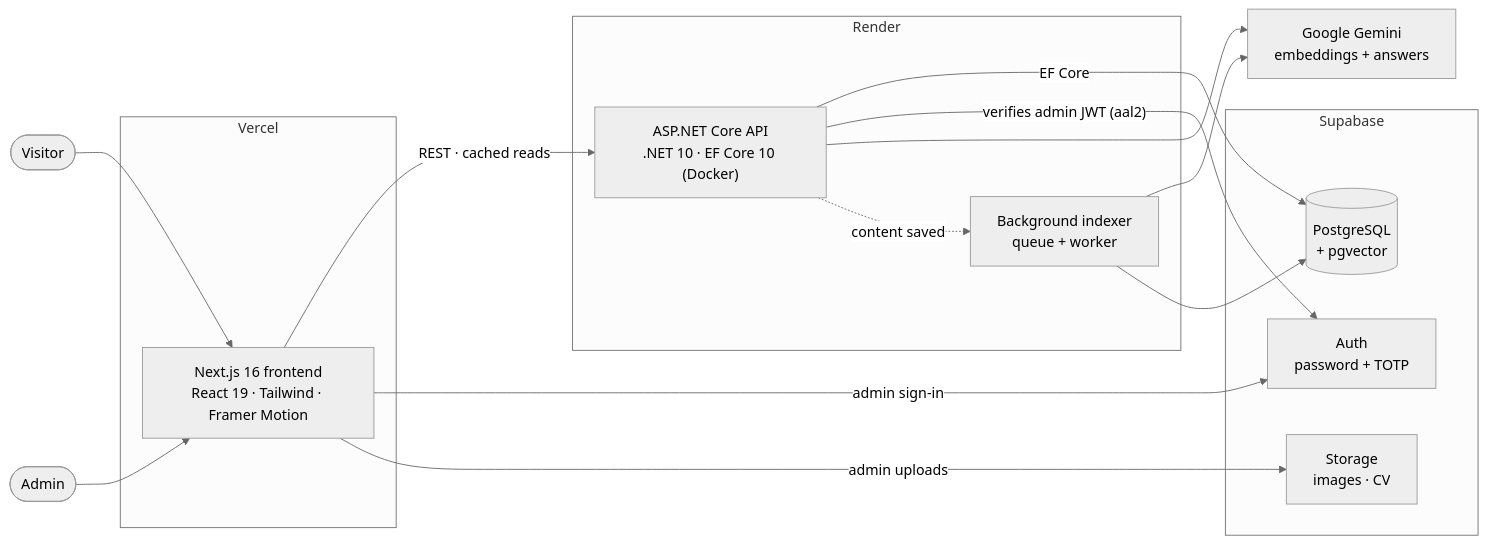
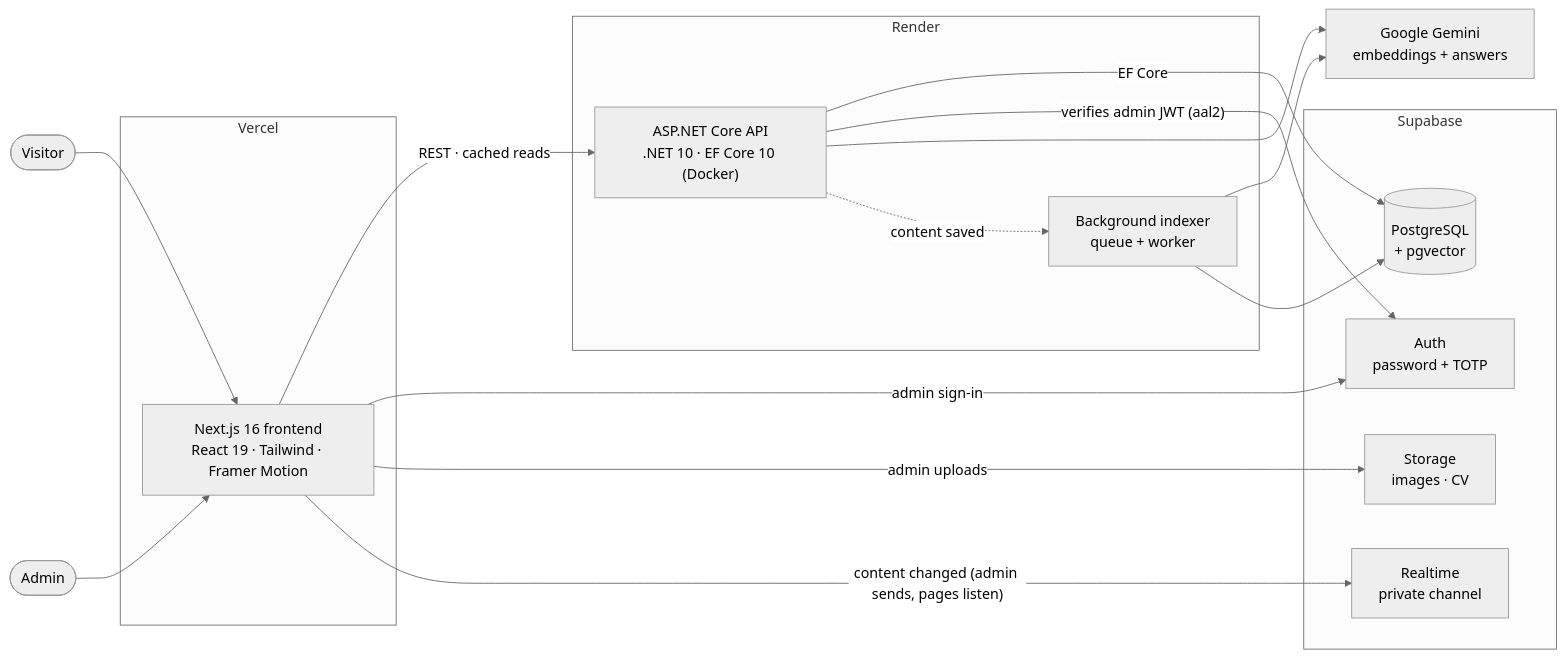
The diagram in README.md (Zai-Al/my-portfolio), drawn with Mermaid (neutral theme) before and after one commit. The commit also changed other lines of this file, not shown here.

First line of the commit message:
docs: README covers live updates (Supabase Realtime)

````diff
--- a/README.md
+++ b/README.md
@@ -34,32 +35,34 @@
 ```mermaid
 flowchart LR
     V([Visitor]) --> FE
     A([Admin]) --> FE
 
     subgraph Vercel
         FE["Next.js 16 frontend<br/>React 19 · Tailwind · Framer Motion"]
     end
 
     subgraph Render
         API["ASP.NET Core API<br/>.NET 10 · EF Core 10 (Docker)"]
         IDX["Background indexer<br/>queue + worker"]
     end
 
     subgraph Supabase
         DB[("PostgreSQL<br/>+ pgvector")]
         AUTH["Auth<br/>password + TOTP"]
         ST["Storage<br/>images · CV"]
+        RT["Realtime<br/>private channel"]
     end
 
     GEM["Google Gemini<br/>embeddings + answers"]
 
     FE -- "REST · cached reads" --> API
     FE -- "admin sign-in" --> AUTH
     FE -- "admin uploads" --> ST
+    FE -- "content changed (admin sends, pages listen)" --> RT
     API -- "EF Core" --> DB
     API -- "verifies admin JWT (aal2)" --> AUTH
     API --> GEM
     API -. "content saved" .-> IDX
     IDX --> GEM
     IDX --> DB
 ```
````
